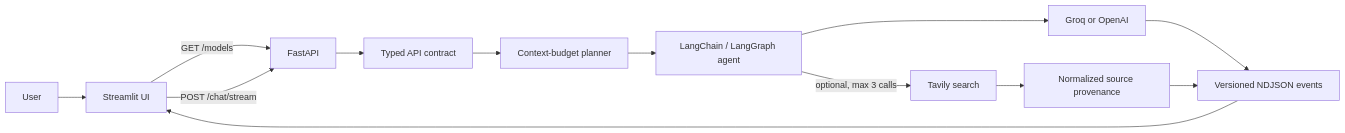
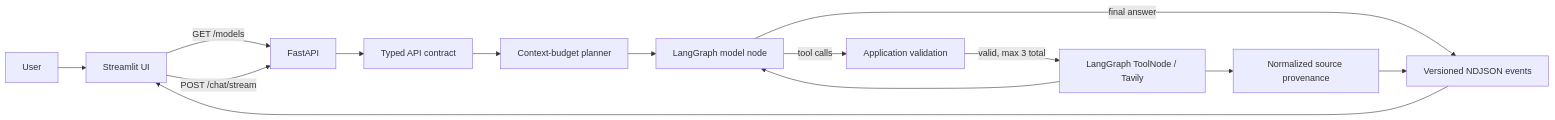
The diagram in README.md (Ajbil/agentic-chatbot-fastapi), drawn with Mermaid before and after one commit. The commit also changed other lines of this file and 3 other files, not shown here.

````diff
--- a/README.md
+++ b/README.md
@@ -23,15 +24,16 @@
 ```mermaid
 flowchart LR
     U["User"] --> UI["Streamlit UI"]
     UI -->|"GET /models"| API["FastAPI"]
     UI -->|"POST /chat/stream"| API
     API --> C["Typed API contract"]
     C --> B["Context-budget planner"]
-    B --> A["LangChain / LangGraph agent"]
-    A --> M["Groq or OpenAI"]
-    A -->|"optional, max 3 calls"| T["Tavily search"]
+    B --> M["LangGraph model node"]
+    M -->|"final answer"| S["Versioned NDJSON events"]
+    M -->|"tool calls"| V["Application validation"]
+    V -->|"valid, max 3 total"| T["LangGraph ToolNode / Tavily"]
+    T --> M
     T --> P["Normalized source provenance"]
-    M --> S["Versioned NDJSON events"]
     P --> S
     S --> UI
 ```
````
